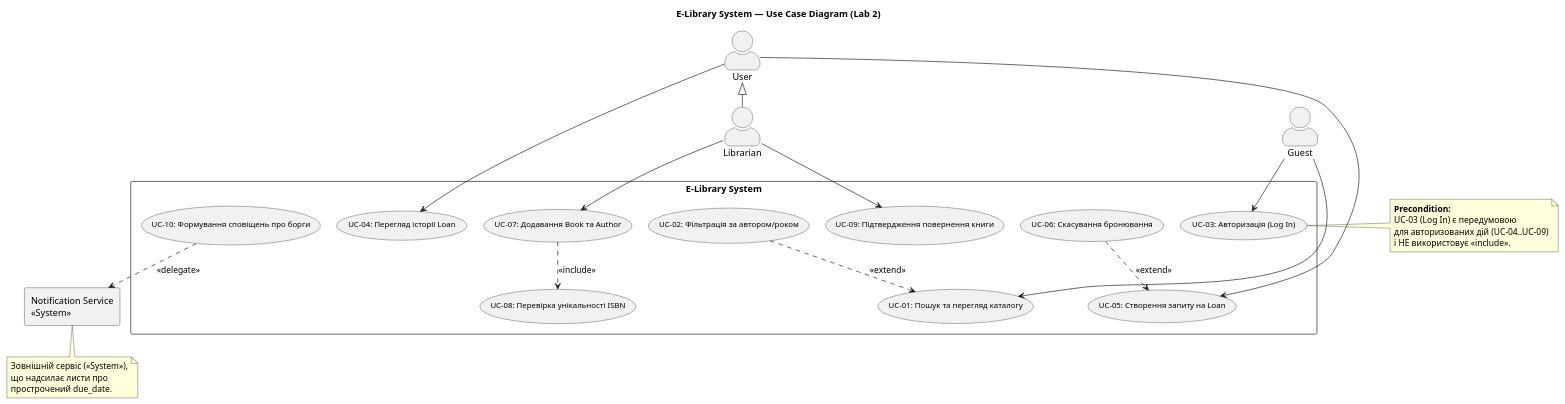
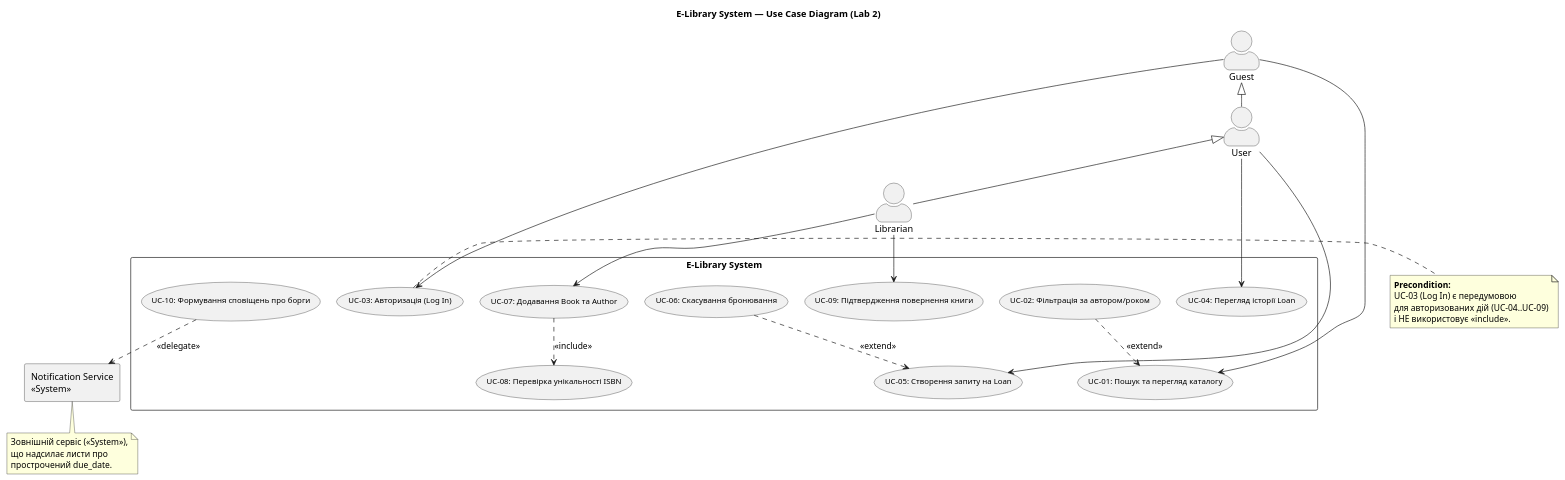
Before and after one commit to drashpul451/-: the diagram in лаб2/model/use-case-diagram.puml, drawn with PlantUML.

Commit message:
Update use case diagram with role inheritance details

```diff
--- a/лаб2/model/use-case-diagram.puml
+++ b/лаб2/model/use-case-diagram.puml
@@ -1,78 +1,82 @@
 @startuml
 top to bottom direction
 title E-Library System — Use Case Diagram (Lab 2)
 
 skinparam backgroundColor #FFFFFF
 skinparam shadowing false
 skinparam actorStyle awesome
 skinparam packageStyle rectangle
 skinparam usecaseFontSize 12
 skinparam nodesep 25
 skinparam ranksep 35
 
 ' ---------- Актори ----------
 actor "Guest" as Guest
 actor "User" as User
 actor "Librarian" as Librarian
 
-' Успадкування ролей
+' Успадкування ролей: User є розширенням Guest, а Librarian — розширенням User
+Guest <|-- User
 User <|-- Librarian
 
 ' ---------- Система ----------
 rectangle "E-Library System" {
 
-  ' Блок Гостя
+  ' Блок Гостя (доступний також User та Librarian через успадкування)
   usecase "UC-01: Пошук та перегляд каталогу" as UC01
   usecase "UC-02: Фільтрація за автором/роком" as UC02
   usecase "UC-03: Авторизація (Log In)" as UC03
 
   ' Блок Читача (User)
   usecase "UC-04: Перегляд історії Loan" as UC04
   usecase "UC-05: Створення запиту на Loan" as UC05
   usecase "UC-06: Скасування бронювання" as UC06
 
   ' Блок Бібліотекаря (Librarian)
   usecase "UC-07: Додавання Book та Author" as UC07
   usecase "UC-08: Перевірка унікальності ISBN" as UC08
   usecase "UC-09: Підтвердження повернення книги" as UC09
 
   ' Системний прецедент
   usecase "UC-10: Формування сповіщень про борги" as UC10
 }
 
 ' ---------- Зовнішній системний сервіс ----------
 rectangle "Notification Service\n<<System>>" as NotifSvc {
 }
 
 ' ---------- Основні зв'язки акторів ----------
+' Guest має прямий доступ до пошуку та авторизації
 Guest --> UC01
 Guest --> UC03
 
+' User має свої специфічні прецеденти + успадковує UC01/UC03 від Guest
 User --> UC04
 User --> UC05
 
+' Librarian має свої специфічні прецеденти + успадковує все від User
 Librarian --> UC07
 Librarian --> UC09
 
 ' ---------- Include та Extend ----------
 UC02 ..> UC01 : <<extend>>
 UC06 ..> UC05 : <<extend>>
 UC07 ..> UC08 : <<include>>
 
 UC10 ..> NotifSvc : <<delegate>>
 
 ' ---------- Примітки (Notes) ----------
 note right of UC03
   **Precondition:**
   UC-03 (Log In) є передумовою
   для авторизованих дій (UC-04..UC-09)
   і НЕ використовує <<include>>.
 end note
 
 note bottom of NotifSvc
   Зовнішній сервіс (<<System>>),
   що надсилає листи про
   прострочений due_date.
 end note
 
 @enduml
```
